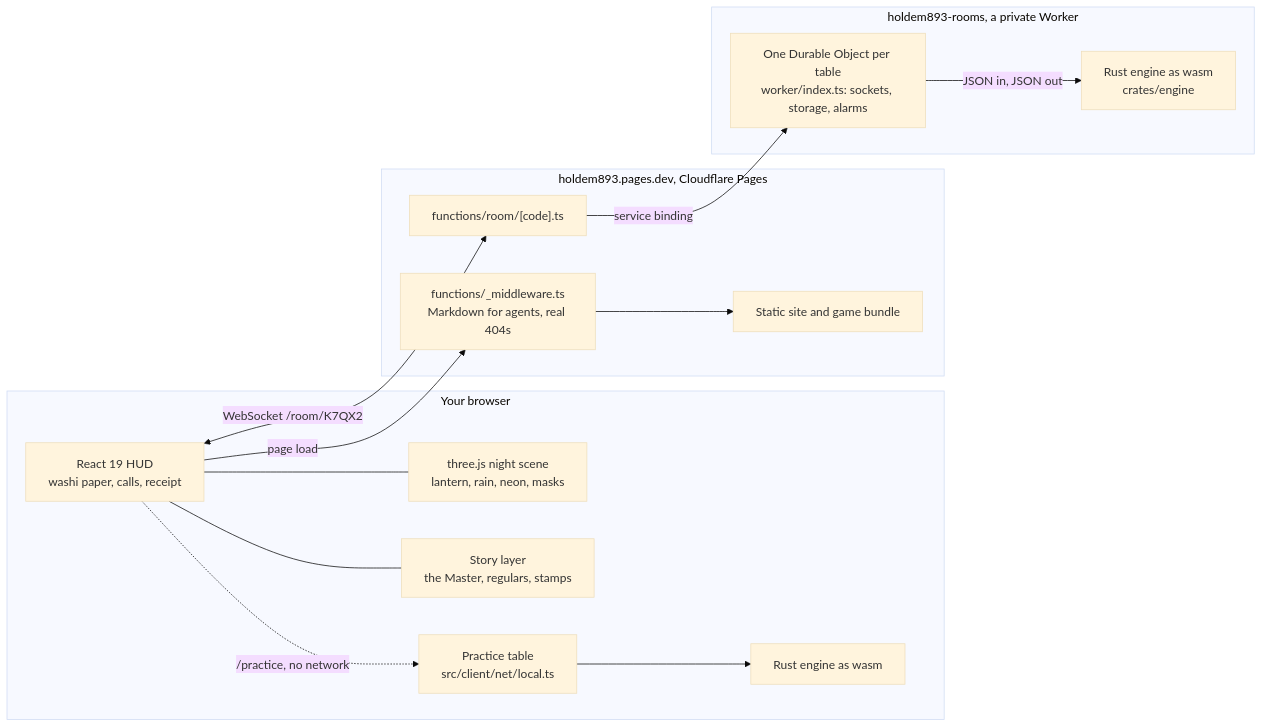
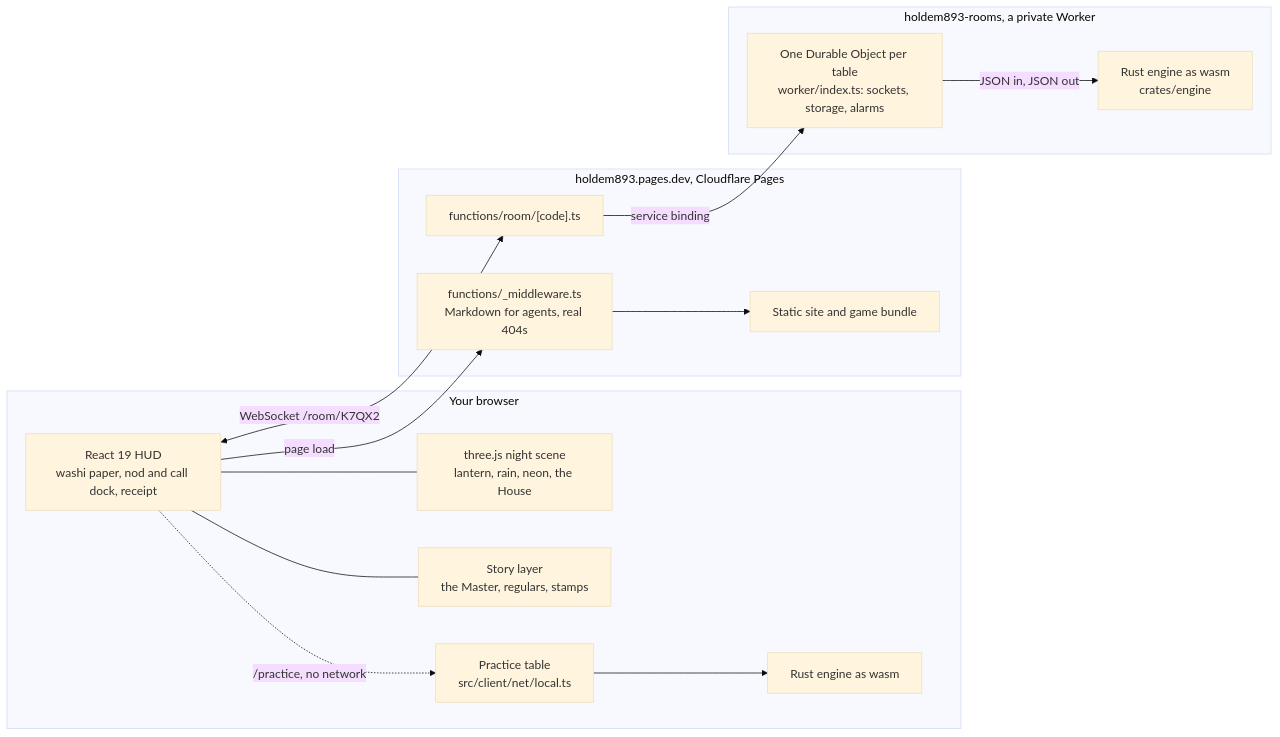
The first of 2 diagrams in README.md (KarthikSubramanian07/893-Hold-em), drawn with Mermaid (base theme) before and after one commit. The commit also changed other lines of this file and 6 other files, not shown here.

````diff
--- a/README.md
+++ b/README.md
@@ -59,30 +62,30 @@
 ```mermaid
 flowchart LR
   subgraph Browser["Your browser"]
-    HUD["React 19 HUD<br/>washi paper, calls, receipt"]
-    Scene["three.js night scene<br/>lantern, rain, neon, masks"]
+    HUD["React 19 HUD<br/>washi paper, nod and call dock, receipt"]
+    Scene["three.js night scene<br/>lantern, rain, neon, the House"]
     Story["Story layer<br/>the Master, regulars, stamps"]
     Local["Practice table<br/>src/client/net/local.ts"]
     WasmB["Rust engine as wasm"]
     HUD --- Scene
     HUD --- Story
     Local --> WasmB
   end
 
   subgraph Pages["holdem893.pages.dev, Cloudflare Pages"]
     Static["Static site and game bundle"]
     MW["functions/_middleware.ts<br/>Markdown for agents, real 404s"]
     Fn["functions/room/[code].ts"]
   end
 
   subgraph Rooms["holdem893-rooms, a private Worker"]
     DO["One Durable Object per table<br/>worker/index.ts: sockets, storage, alarms"]
     WasmS["Rust engine as wasm<br/>crates/engine"]
     DO -- "JSON in, JSON out" --> WasmS
   end
 
   HUD -- "page load" --> MW --> Static
   HUD <-- "WebSocket /room/K7QX2" --> Fn
   Fn -- "service binding" --> DO
   HUD -. "/practice, no network" .-> Local
 ```
````
